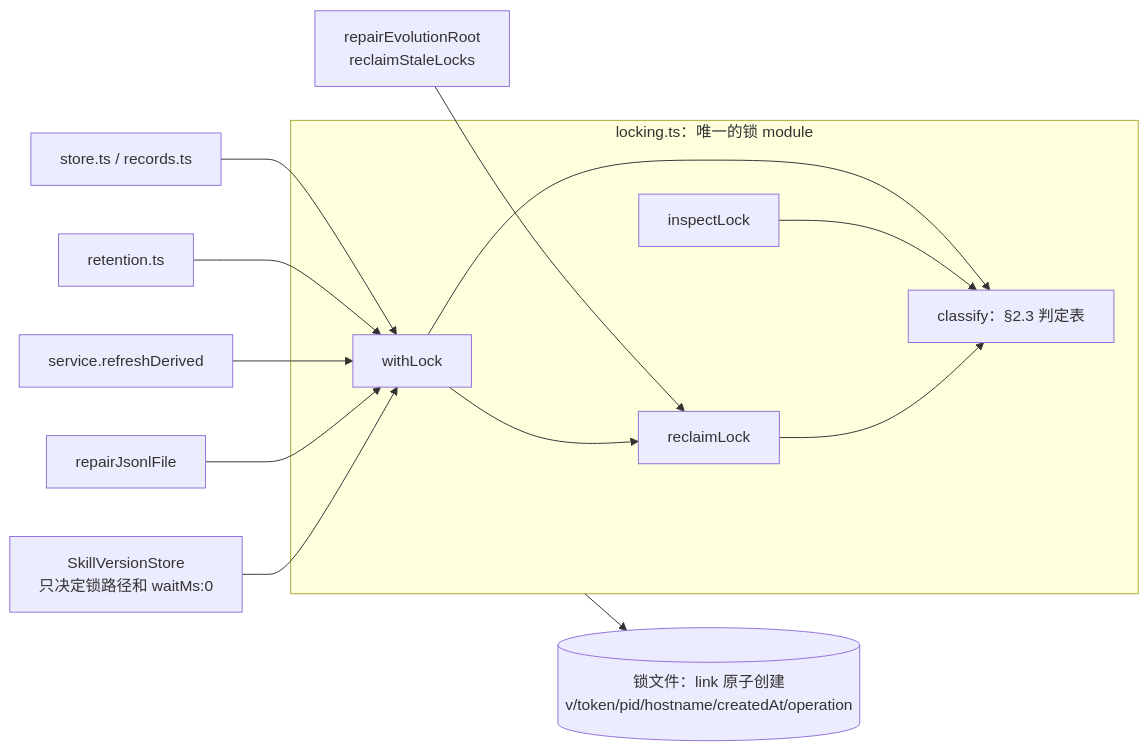
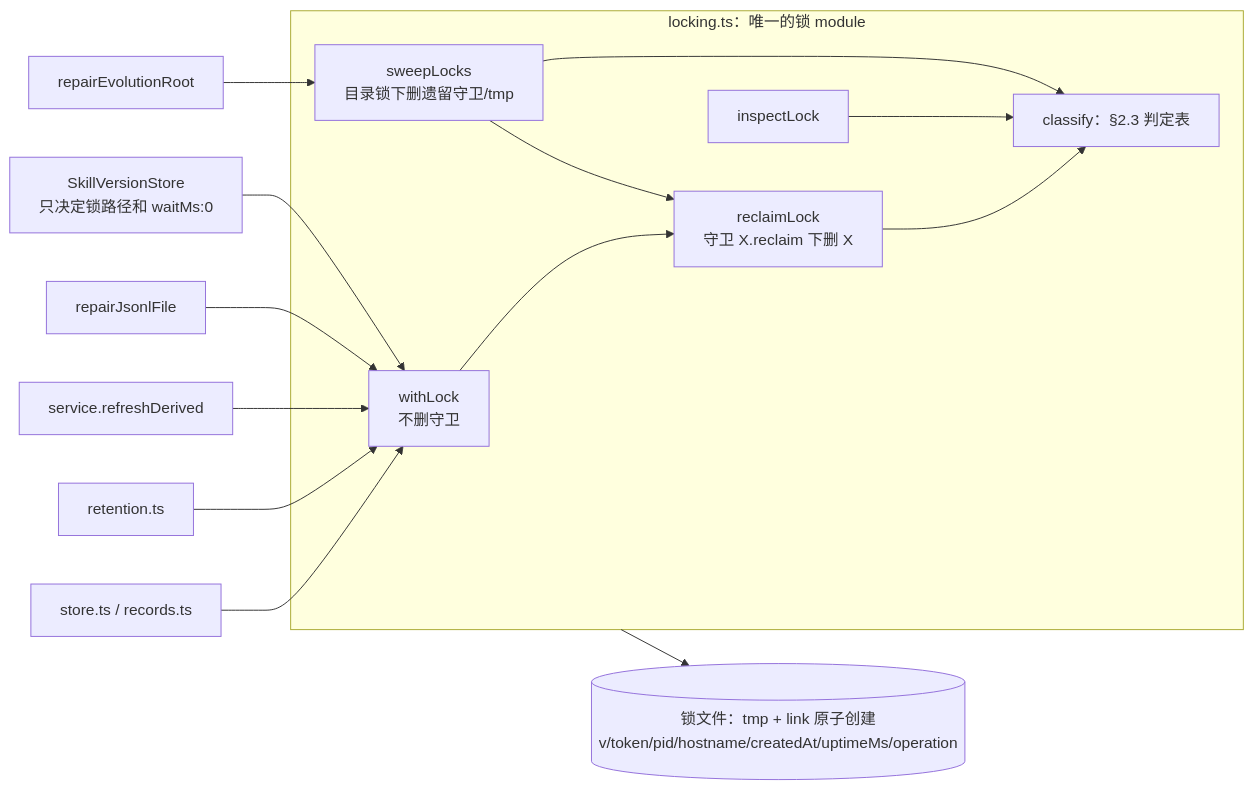
Before and after one commit to Erinable/dsh-skill-evo: the second of 2 diagrams in docs/design/unified-lock-protocol.md, drawn with Mermaid. The commit also changed other lines of this file, not shown here.

Commit message:
docs: SKIL-41 address review round 1 (guard race, uptimeMs, tmp rule, P1)

````diff
--- a/docs/design/unified-lock-protocol.md
+++ b/docs/design/unified-lock-protocol.md
@@ -259,16 +330,17 @@
 ```mermaid
 flowchart LR
   ST[store.ts / records.ts] --> WL
   RT[retention.ts] --> WL
   SV[service.refreshDerived] --> WL
   RJ[repairJsonlFile] --> WL
   VS[SkillVersionStore<br/>只决定锁路径和 waitMs:0] --> WL
-  RE[repairEvolutionRoot<br/>reclaimStaleLocks] --> RC
+  RE[repairEvolutionRoot] --> SW
   subgraph LM[locking.ts：唯一的锁 module]
-    WL[withLock] --> CL[classify：§2.3 判定表]
+    WL[withLock<br/>不删守卫] --> RC
+    SW[sweepLocks<br/>目录锁下删遗留守卫/tmp] --> RC
+    RC[reclaimLock<br/>守卫 X.reclaim 下删 X] --> CL[classify：§2.3 判定表]
     IL[inspectLock] --> CL
-    RC[reclaimLock] --> CL
-    WL --> RC
+    SW --> CL
   end
-  LM --> F[(锁文件：link 原子创建<br/>v/token/pid/hostname/createdAt/operation)]
+  LM --> F[(锁文件：tmp + link 原子创建<br/>v/token/pid/hostname/createdAt/uptimeMs/operation)]
 ```
````
